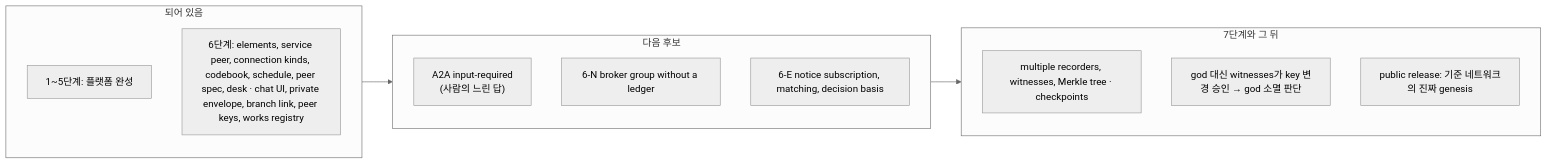
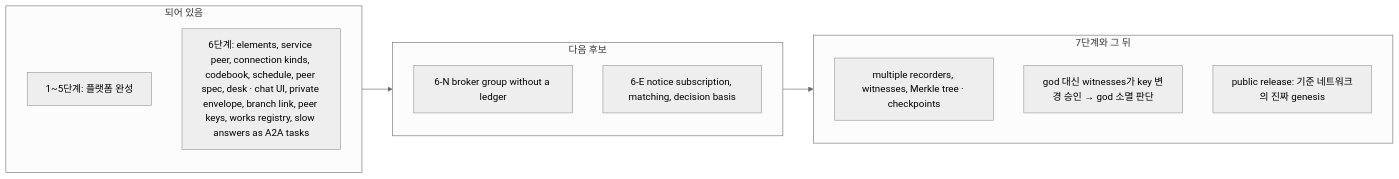
Before and after one commit to tanminkwan/share-ur-tokens: diagram 32 of 32 in docs/education.md, drawn with Mermaid (neutral theme). The commit also changed other lines of this file and 12 other files, not shown here.

````diff
--- a/docs/education.md
+++ b/docs/education.md
@@ -821,18 +840,17 @@
 ```mermaid
 flowchart LR
     subgraph NOW["되어 있음"]
         N1["1~5단계: 플랫폼 완성"]
-        N2["6단계: elements, service peer, connection kinds, codebook, schedule, peer spec, desk · chat UI, private envelope, branch link, peer keys, works registry"]
+        N2["6단계: elements, service peer, connection kinds, codebook, schedule, peer spec, desk · chat UI, private envelope, branch link, peer keys, works registry, slow answers as A2A tasks"]
     end
     subgraph NEXT["다음 후보"]
-        X1["A2A input-required<br/>(사람의 느린 답)"]
         X2["6-N broker group without a ledger"]
         X3["6-E notice subscription, matching, decision basis"]
     end
     subgraph LATER["7단계와 그 뒤"]
         L1["multiple recorders, witnesses, Merkle tree · checkpoints"]
         L2["god 대신 witnesses가 key 변경 승인 → god 소멸 판단"]
         L3["public release: 기준 네트워크의 진짜 genesis"]
     end
     NOW --> NEXT --> LATER
 ```
````
